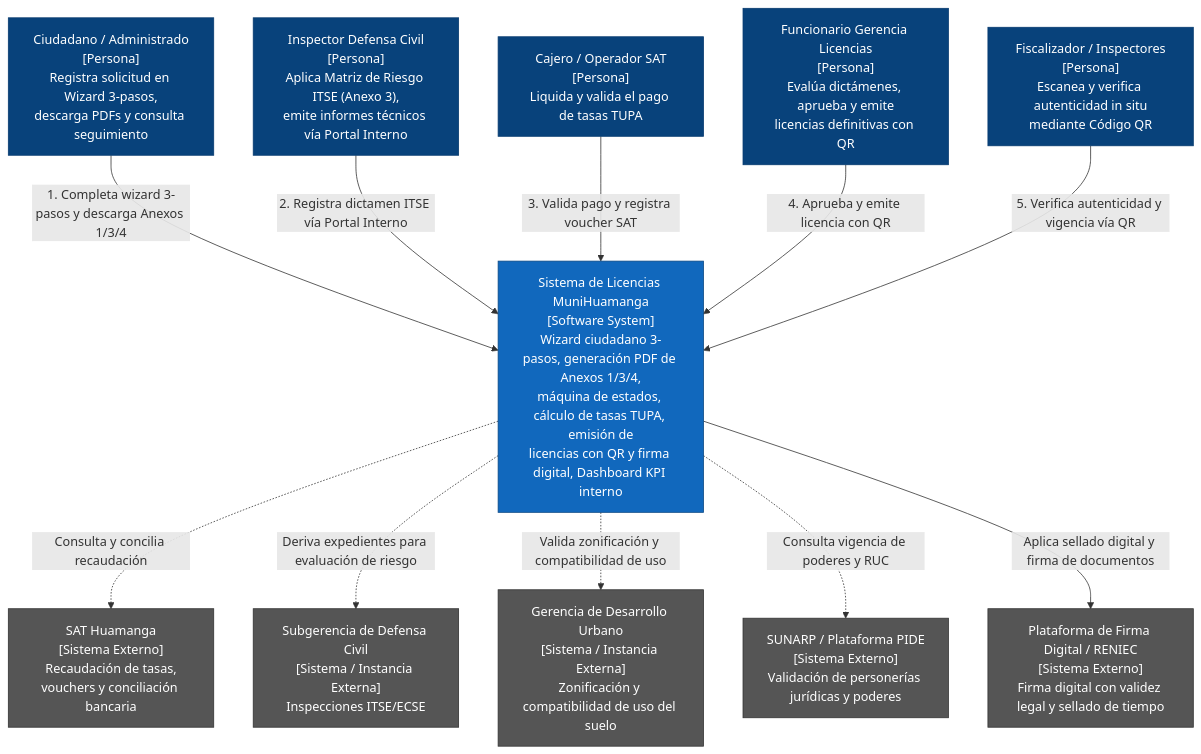
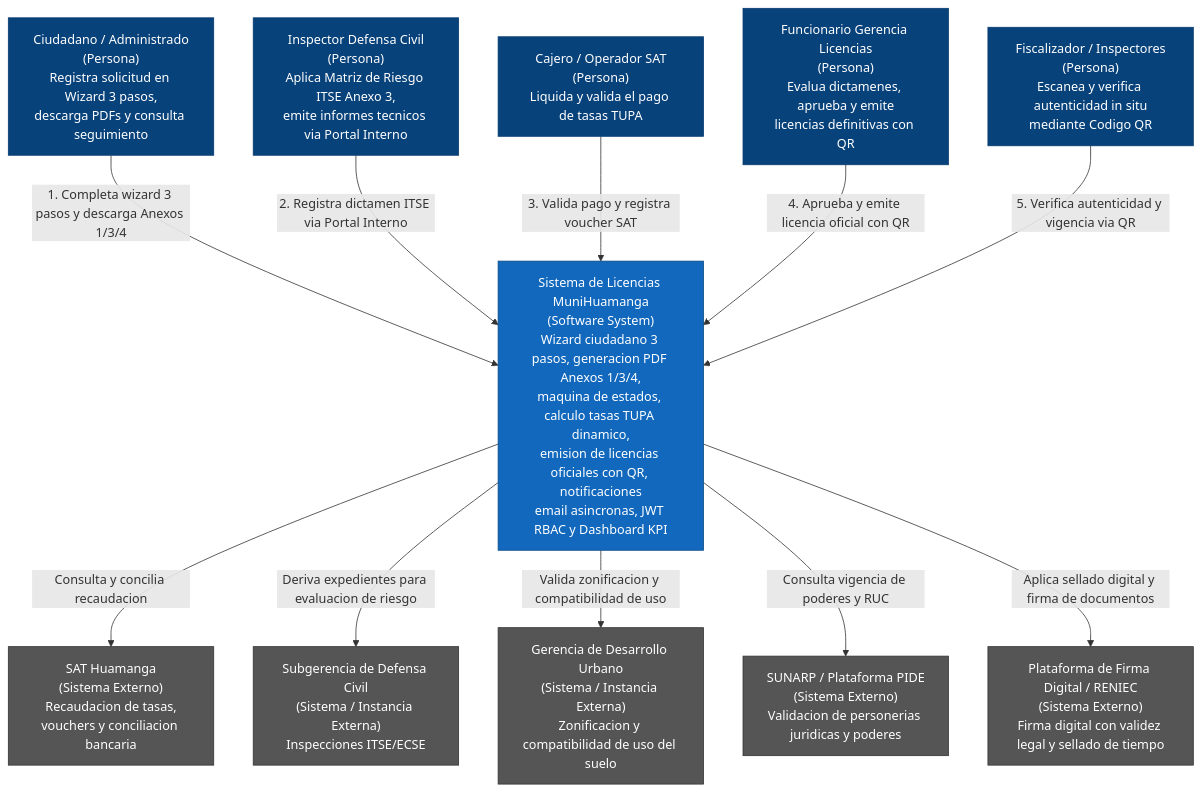
Before and after one commit to Issirc20/MuniHuamanga: the first of 6 diagrams in docs/arquitectura/c4-model.md, drawn with Mermaid. The commit also changed other lines of this file, not shown here.

Commit message:
docs(arquitectura/c4): corregir errores de sintaxis Mermaid en diagramas de contenedores, componentes y classDiagram, y actualizar arquitectura a Fase 04

````diff
--- a/docs/arquitectura/c4-model.md
+++ b/docs/arquitectura/c4-model.md
@@ -13,32 +13,32 @@
 ```mermaid
 graph TD
     classDef person fill:#08427b,stroke:#073b6f,color:#fff;
     classDef system fill:#1168bd,stroke:#0b4884,color:#fff;
     classDef extSystem fill:#555555,stroke:#333333,color:#fff;
 
-    solicitante["Ciudadano / Administrado<br>[Persona]<br>Registra solicitud en Wizard 3-pasos,<br>descarga PDFs y consulta seguimiento"]:::person
-    inspectorItse["Inspector Defensa Civil<br>[Persona]<br>Aplica Matriz de Riesgo ITSE (Anexo 3),<br>emite informes técnicos vía Portal Interno"]:::person
-    cajeroSat["Cajero / Operador SAT<br>[Persona]<br>Liquida y valida el pago de tasas TUPA"]:::person
-    funcionarioGL["Funcionario Gerencia Licencias<br>[Persona]<br>Evalúa dictámenes, aprueba y emite<br>licencias definitivas con QR"]:::person
-    fiscalizador["Fiscalizador / Inspectores<br>[Persona]<br>Escanea y verifica autenticidad in situ<br>mediante Código QR"]:::person
+    solicitante["Ciudadano / Administrado<br>(Persona)<br>Registra solicitud en Wizard 3 pasos,<br>descarga PDFs y consulta seguimiento"]:::person
+    inspectorItse["Inspector Defensa Civil<br>(Persona)<br>Aplica Matriz de Riesgo ITSE Anexo 3,<br>emite informes tecnicos via Portal Interno"]:::person
+    cajeroSat["Cajero / Operador SAT<br>(Persona)<br>Liquida y valida el pago de tasas TUPA"]:::person
+    funcionarioGL["Funcionario Gerencia Licencias<br>(Persona)<br>Evalua dictamenes, aprueba y emite<br>licencias definitivas con QR"]:::person
+    fiscalizador["Fiscalizador / Inspectores<br>(Persona)<br>Escanea y verifica autenticidad in situ<br>mediante Codigo QR"]:::person
 
-    sistema["Sistema de Licencias MuniHuamanga<br>[Software System]<br>Wizard ciudadano 3-pasos, generación PDF de Anexos 1/3/4,<br>máquina de estados, cálculo de tasas TUPA, emisión de<br>licencias con QR y firma digital, Dashboard KPI interno"]:::system
+    sistema["Sistema de Licencias MuniHuamanga<br>(Software System)<br>Wizard ciudadano 3 pasos, generacion PDF Anexos 1/3/4,<br>maquina de estados, calculo tasas TUPA dinamico,<br>emision de licencias oficiales con QR, notificaciones<br>email asincronas, JWT RBAC y Dashboard KPI"]:::system
 
-    sat["SAT Huamanga<br>[Sistema Externo]<br>Recaudación de tasas,<br>vouchers y conciliación bancaria"]:::extSystem
-    defensaCivil["Subgerencia de Defensa Civil<br>[Sistema / Instancia Externa]<br>Inspecciones ITSE/ECSE"]:::extSystem
-    desarrolloUrbano["Gerencia de Desarrollo Urbano<br>[Sistema / Instancia Externa]<br>Zonificación y compatibilidad de uso del suelo"]:::extSystem
-    sunarp["SUNARP / Plataforma PIDE<br>[Sistema Externo]<br>Validación de personerías jurídicas y poderes"]:::extSystem
-    reniecPki["Plataforma de Firma Digital / RENIEC<br>[Sistema Externo]<br>Firma digital con validez legal y sellado de tiempo"]:::extSystem
+    sat["SAT Huamanga<br>(Sistema Externo)<br>Recaudacion de tasas,<br>vouchers y conciliacion bancaria"]:::extSystem
+    defensaCivil["Subgerencia de Defensa Civil<br>(Sistema / Instancia Externa)<br>Inspecciones ITSE/ECSE"]:::extSystem
+    desarrolloUrbano["Gerencia de Desarrollo Urbano<br>(Sistema / Instancia Externa)<br>Zonificacion y compatibilidad de uso del suelo"]:::extSystem
+    sunarp["SUNARP / Plataforma PIDE<br>(Sistema Externo)<br>Validacion de personerias juridicas y poderes"]:::extSystem
+    reniecPki["Plataforma de Firma Digital / RENIEC<br>(Sistema Externo)<br>Firma digital con validez legal y sellado de tiempo"]:::extSystem
 
-    solicitante -->|1. Completa wizard 3-pasos y descarga Anexos 1/3/4| sistema
-    inspectorItse -->|2. Registra dictamen ITSE vía Portal Interno| sistema
-    cajeroSat -->|3. Valida pago y registra voucher SAT| sistema
-    funcionarioGL -->|4. Aprueba y emite licencia con QR| sistema
-    fiscalizador -->|5. Verifica autenticidad y vigencia vía QR| sistema
+    solicitante -->|"1. Completa wizard 3 pasos y descarga Anexos 1/3/4"| sistema
+    inspectorItse -->|"2. Registra dictamen ITSE via Portal Interno"| sistema
+    cajeroSat -->|"3. Valida pago y registra voucher SAT"| sistema
+    funcionarioGL -->|"4. Aprueba y emite licencia oficial con QR"| sistema
+    fiscalizador -->|"5. Verifica autenticidad y vigencia via QR"| sistema
 
-    sistema -.->|Consulta y concilia recaudación| sat
-    sistema -.->|Deriva expedientes para evaluación de riesgo| defensaCivil
-    sistema -.->|Valida zonificación y compatibilidad de uso| desarrolloUrbano
-    sistema -.->|Consulta vigencia de poderes y RUC| sunarp
-    sistema -->|Aplica sellado digital y firma de documentos| reniecPki
+    sistema -->|"Consulta y concilia recaudacion"| sat
+    sistema -->|"Deriva expedientes para evaluacion de riesgo"| defensaCivil
+    sistema -->|"Valida zonificacion y compatibilidad de uso"| desarrolloUrbano
+    sistema -->|"Consulta vigencia de poderes y RUC"| sunarp
+    sistema -->|"Aplica sellado digital y firma de documentos"| reniecPki
 ```
````
